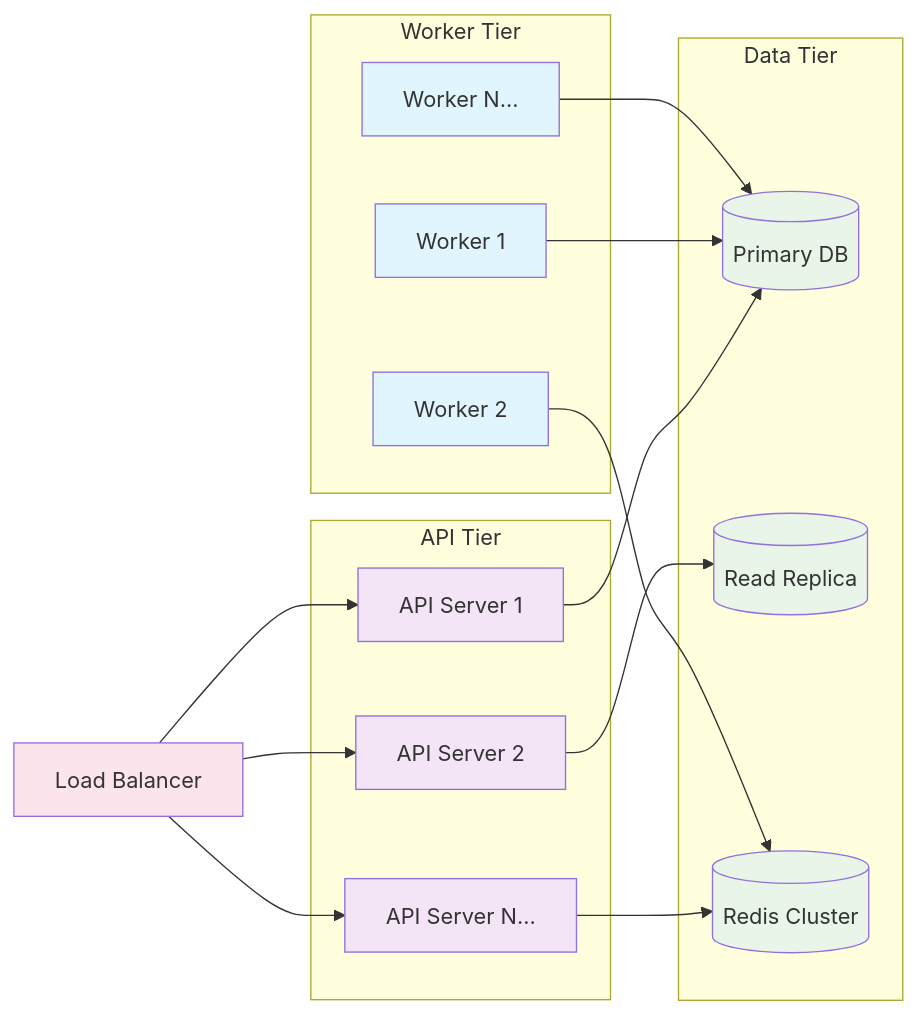
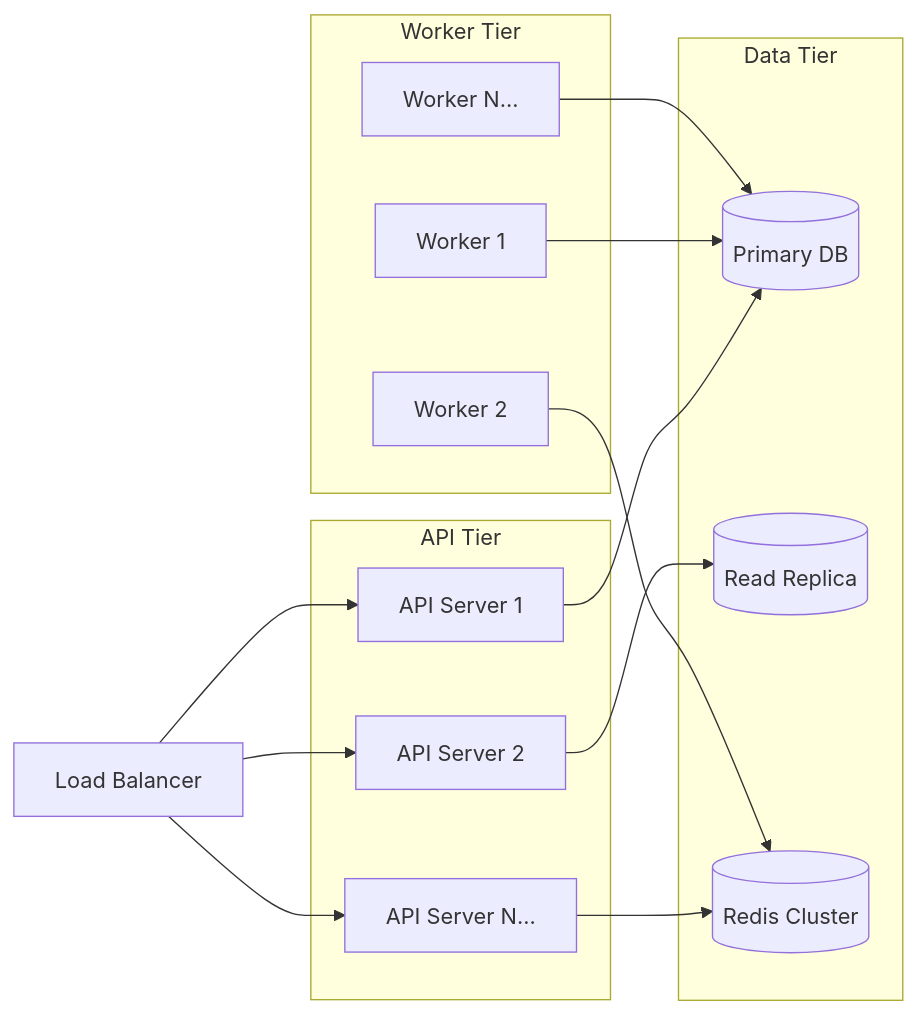
The second of 2 diagrams in apps/web/src/app/docs/self-hosting/page.mdx (karrioapi/karrio), drawn with Mermaid before and after one commit. The commit also changed other lines of this file and 34 other files, not shown here.

````diff
--- a/apps/web/src/app/docs/self-hosting/page.mdx
+++ b/apps/web/src/app/docs/self-hosting/page.mdx
@@ -179,44 +176,41 @@
 ```mermaid
 graph LR
     LB[Load Balancer]
 
     subgraph "API Tier"
         API1[API Server 1]
         API2[API Server 2]
         API3[API Server N...]
     end
 
     subgraph "Worker Tier"
         W1[Worker 1]
         W2[Worker 2]
         W3[Worker N...]
     end
 
     subgraph "Data Tier"
         DB[(Primary DB)]
         DBR[(Read Replica)]
         Redis[(Redis Cluster)]
     end
 
     LB --> API1
     LB --> API2
     LB --> API3
 
     API1 --> DB
     API2 --> DBR
     API3 --> Redis
 
     W1 --> DB
     W2 --> Redis
     W3 --> DB
 
-    classDef api fill:#f3e5f5
-    classDef worker fill:#e1f5fe
-    classDef data fill:#e8f5e8
-    classDef lb fill:#fce4ec
+    
 
     class API1,API2,API3 api
     class W1,W2,W3 worker
     class DB,DBR,Redis data
     class LB lb
 ```
````
